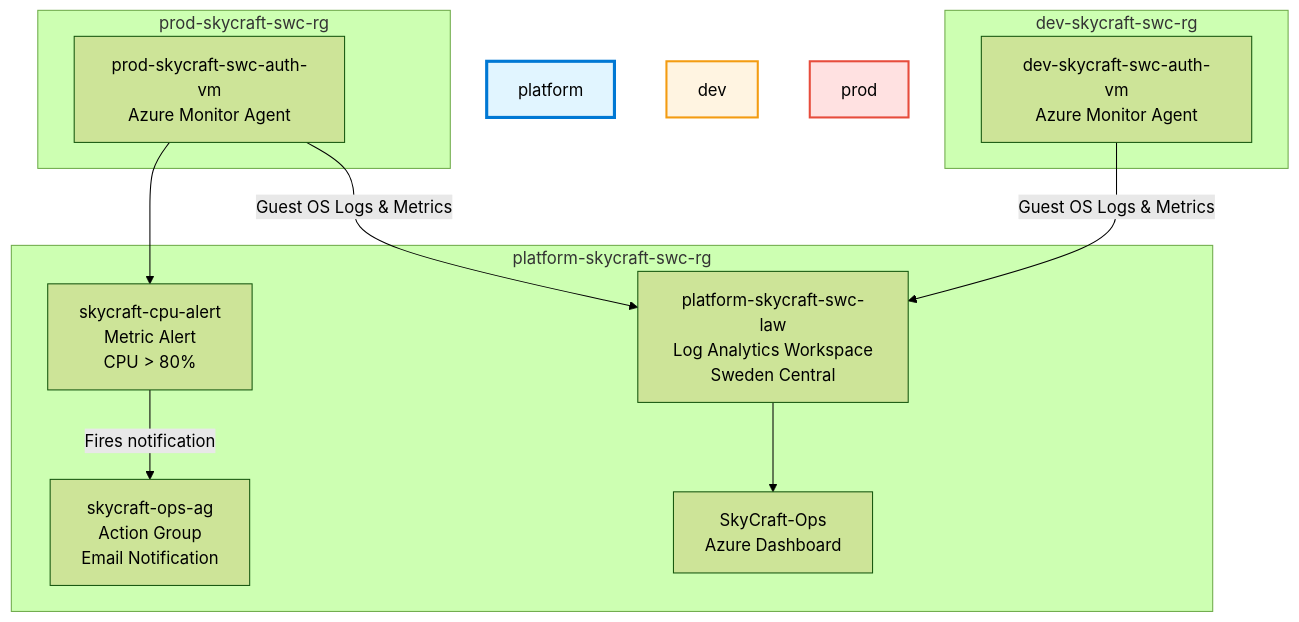
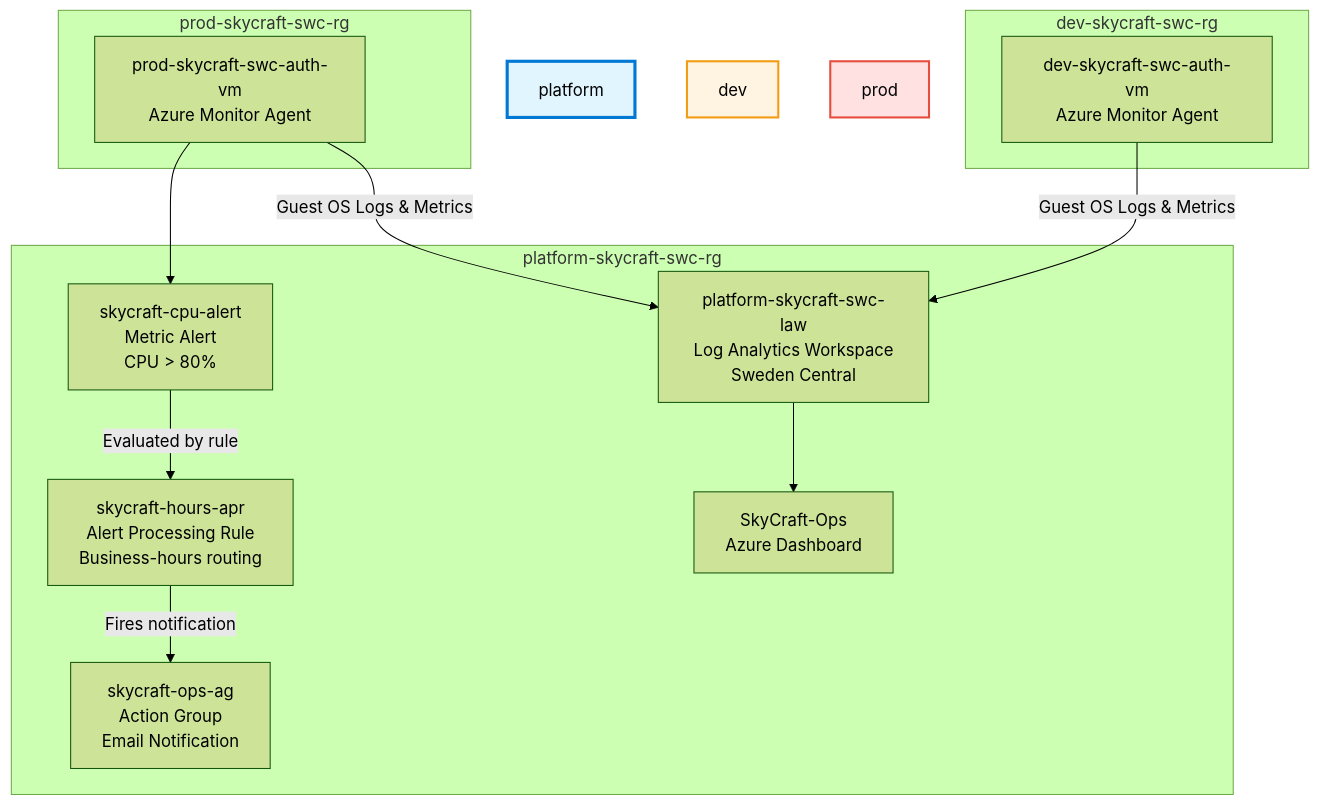
One commit to mbiszczanik/skycraft changed the diagram in module-5-monitoring-maintenance/5.1-azure-monitor/lab-guide-5.1.md. Above: the diagram before and after it, drawn with Mermaid (forest theme). The commit also changed other lines of this file and 9 other files, not shown here.

````diff
--- a/module-5-monitoring-maintenance/5.1-azure-monitor/lab-guide-5.1.md
+++ b/module-5-monitoring-maintenance/5.1-azure-monitor/lab-guide-5.1.md
@@ -20,26 +21,28 @@
 ```mermaid
 graph TB
     subgraph "platform-skycraft-swc-rg"
         style platform fill:#e1f5ff,stroke:#0078d4,stroke-width:3px
         LAW["platform-skycraft-swc-law<br/>Log Analytics Workspace<br/>Sweden Central"]
         AG["skycraft-ops-ag<br/>Action Group<br/>Email Notification"]
         Alert["skycraft-cpu-alert<br/>Metric Alert<br/>CPU > 80%"]
+        APR["skycraft-hours-apr<br/>Alert Processing Rule<br/>Business-hours routing"]
         Dashboard["SkyCraft-Ops<br/>Azure Dashboard"]
     end
 
     subgraph "dev-skycraft-swc-rg"
         style dev fill:#fff4e1,stroke:#f39c12,stroke-width:2px
         VM_Dev["dev-skycraft-swc-auth-vm<br/>Azure Monitor Agent"]
     end
 
     subgraph "prod-skycraft-swc-rg"
         style prod fill:#ffe1e1,stroke:#e74c3c,stroke-width:2px
         VM_Prod["prod-skycraft-swc-auth-vm<br/>Azure Monitor Agent"]
     end
 
     VM_Dev -->|"Guest OS Logs & Metrics"| LAW
     VM_Prod -->|"Guest OS Logs & Metrics"| LAW
     LAW --> Dashboard
     VM_Prod --> Alert
-    Alert -->|"Fires notification"| AG
+    Alert -->|"Evaluated by rule"| APR
+    APR -->|"Fires notification"| AG
 ```
````
